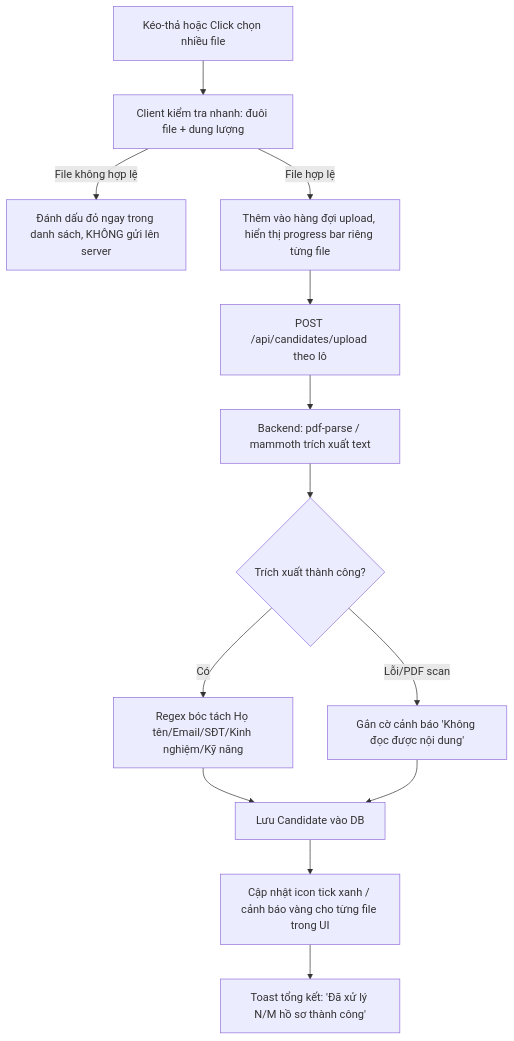
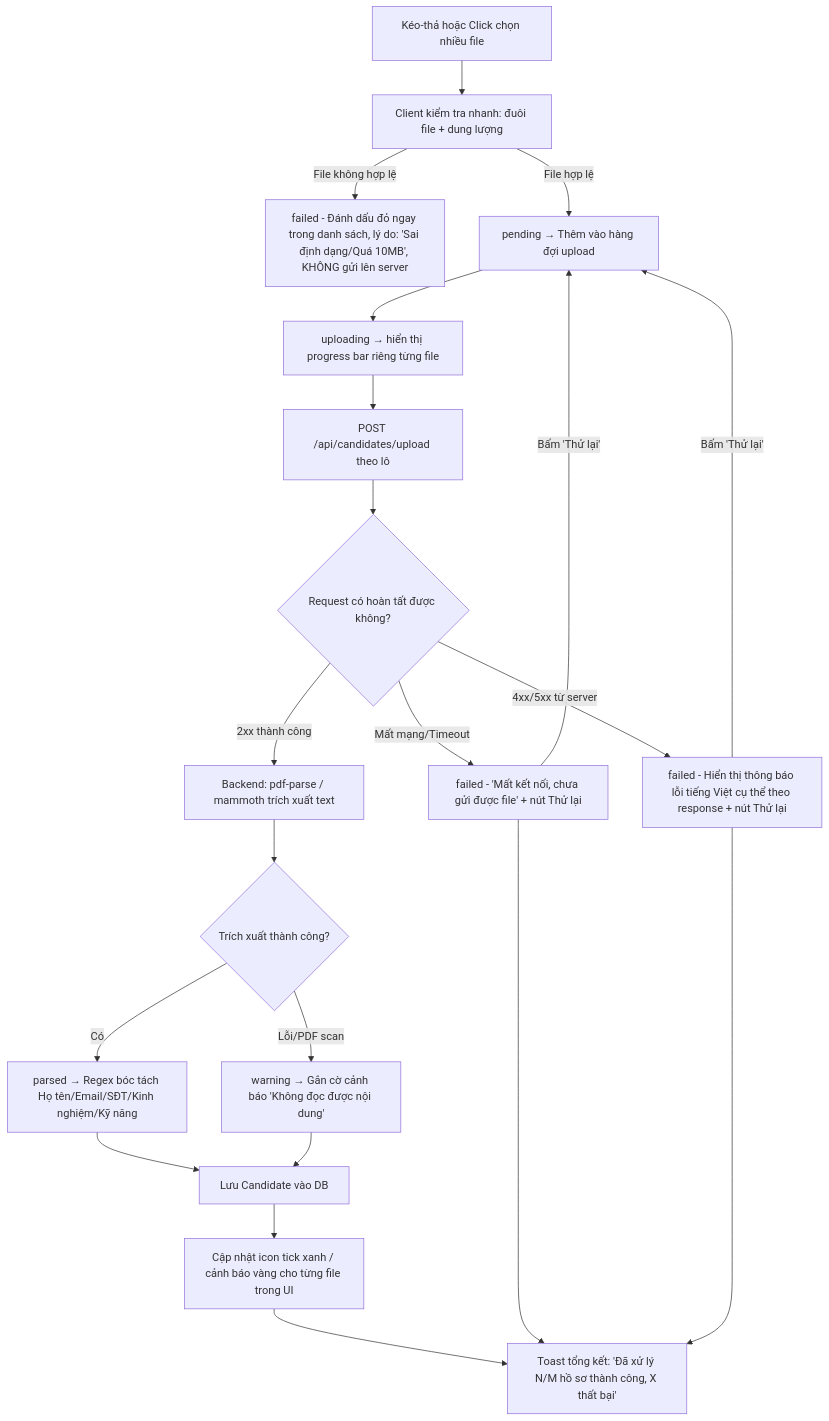
The third of 9 diagrams in docs/Chuong4_CVMikiri_UX.md (nadz1112/MikiriCV), drawn with Mermaid before and after one commit. The commit also changed other lines of this file, not shown here.

Commit message:
docs: UX/UI Design (User Flow, Wireframe, Prototype, AI Design Review) for CVMikiri

````diff
--- a/docs/Chuong4_CVMikiri_UX.md
+++ b/docs/Chuong4_CVMikiri_UX.md
@@ -61,15 +88,23 @@
 ```mermaid
 flowchart TD
     A[Kéo-thả hoặc Click chọn nhiều file] --> B[Client kiểm tra nhanh: đuôi file + dung lượng]
-    B -- File không hợp lệ --> C[Đánh dấu đỏ ngay trong danh sách, KHÔNG gửi lên server]
-    B -- File hợp lệ --> D[Thêm vào hàng đợi upload, hiển thị progress bar riêng từng file]
-    D --> E[POST /api/candidates/upload theo lô]
-    E --> F[Backend: pdf-parse / mammoth trích xuất text]
-    F --> G{Trích xuất thành công?}
-    G -- Có --> H[Regex bóc tách Họ tên/Email/SĐT/Kinh nghiệm/Kỹ năng]
-    G -- Lỗi/PDF scan --> I[Gắn cờ cảnh báo 'Không đọc được nội dung']
-    H --> J[Lưu Candidate vào DB]
-    I --> J
-    J --> K[Cập nhật icon tick xanh / cảnh báo vàng cho từng file trong UI]
-    K --> L[Toast tổng kết: 'Đã xử lý N/M hồ sơ thành công']
+    B -- File không hợp lệ --> C[failed - Đánh dấu đỏ ngay trong danh sách, lý do: 'Sai định dạng/Quá 10MB', KHÔNG gửi lên server]
+    B -- File hợp lệ --> D[pending → Thêm vào hàng đợi upload]
+    D --> E[uploading → hiển thị progress bar riêng từng file]
+    E --> F[POST /api/candidates/upload theo lô]
+    F --> G{Request có hoàn tất được không?}
+    G -- Mất mạng/Timeout --> H[failed - 'Mất kết nối, chưa gửi được file' + nút Thử lại]
+    G -- 4xx/5xx từ server --> I[failed - Hiển thị thông báo lỗi tiếng Việt cụ thể theo response + nút Thử lại]
+    G -- 2xx thành công --> J[Backend: pdf-parse / mammoth trích xuất text]
+    J --> K{Trích xuất thành công?}
+    K -- Có --> L[parsed → Regex bóc tách Họ tên/Email/SĐT/Kinh nghiệm/Kỹ năng]
+    K -- Lỗi/PDF scan --> M[warning → Gắn cờ cảnh báo 'Không đọc được nội dung']
+    L --> N[Lưu Candidate vào DB]
+    M --> N
+    N --> O[Cập nhật icon tick xanh / cảnh báo vàng cho từng file trong UI]
+    H -- Bấm 'Thử lại' --> D
+    I -- Bấm 'Thử lại' --> D
+    O --> P[Toast tổng kết: 'Đã xử lý N/M hồ sơ thành công, X thất bại']
+    H --> P
+    I --> P
 ```
````
